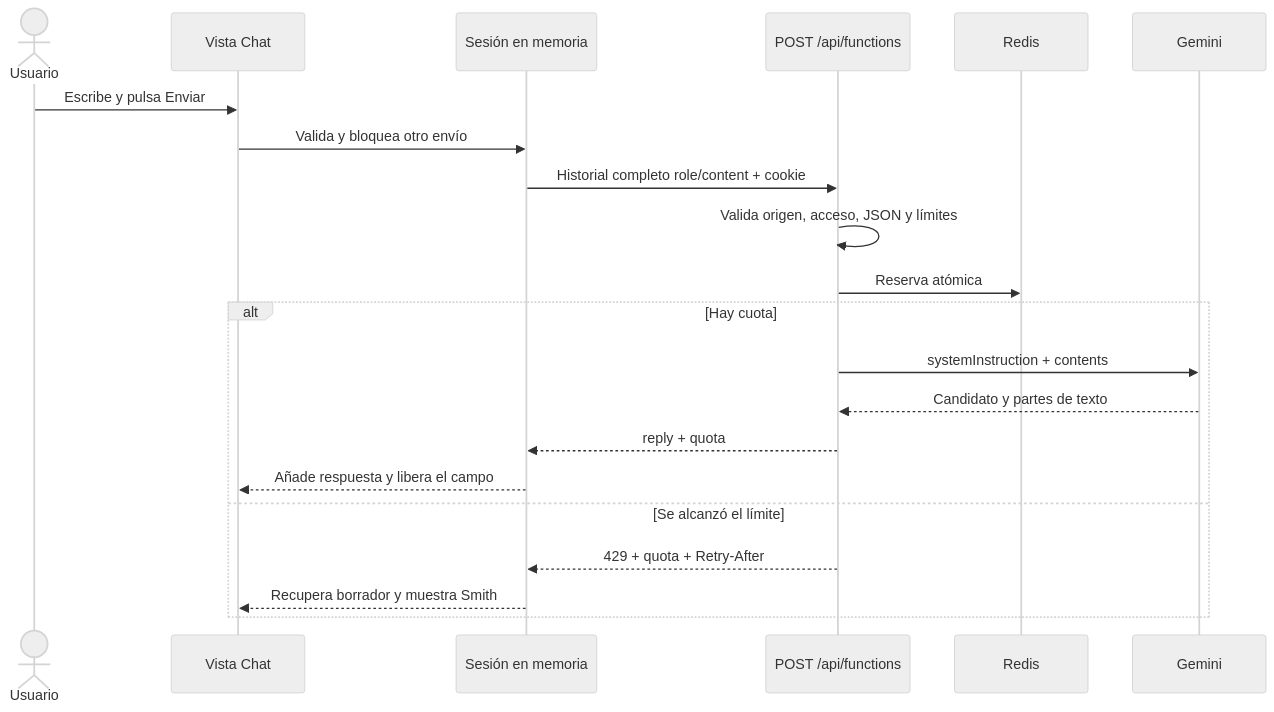
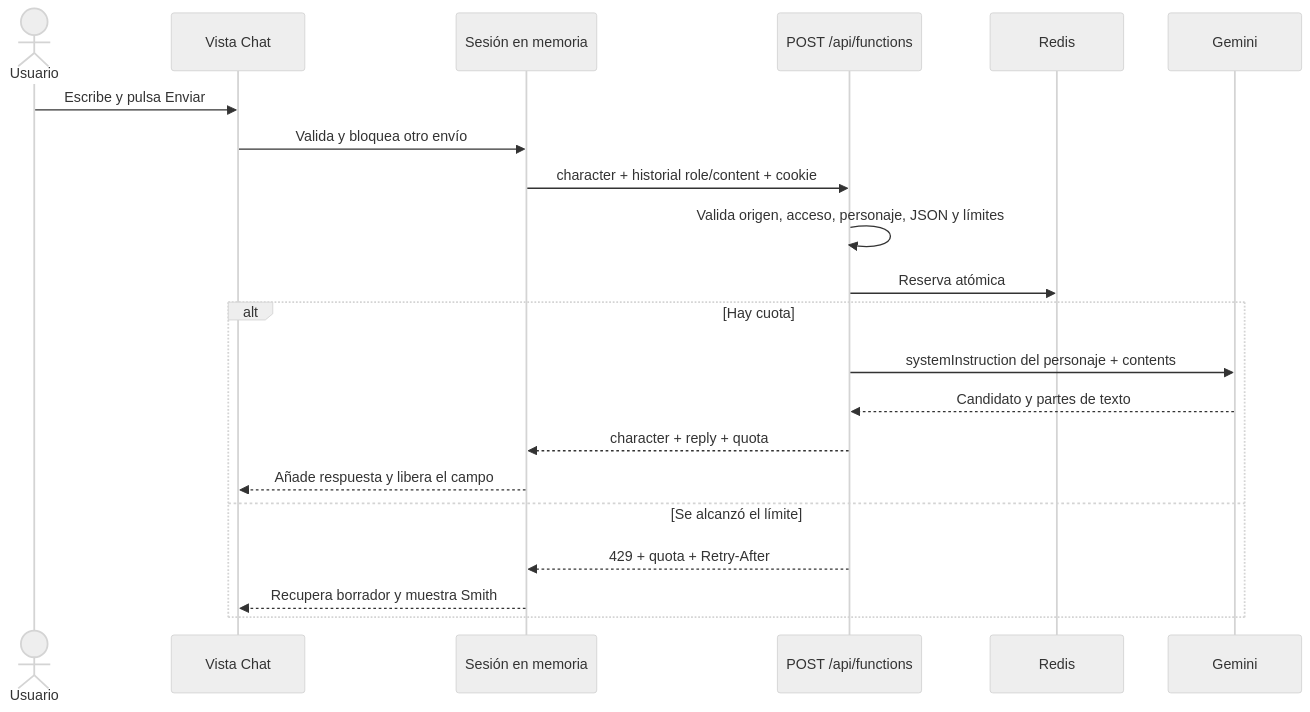
One commit to MiguelMirandaV/chat-morfeo-m3 changed the diagram in docs/arquitectura.md. Above: the diagram before and after it, drawn with Mermaid (neutral theme). The commit also changed other lines of this file and 8 other files, not shown here.

Commit message:
docs: document character contracts and real Gemini checks

````diff
--- a/docs/arquitectura.md
+++ b/docs/arquitectura.md
@@ -7,23 +7,23 @@
 ```mermaid
 sequenceDiagram
     actor Usuario
     participant Vista as Vista Chat
     participant Sesion as Sesión en memoria
     participant API as POST /api/functions
     participant Redis
     participant Gemini
     Usuario->>Vista: Escribe y pulsa Enviar
     Vista->>Sesion: Valida y bloquea otro envío
-    Sesion->>API: Historial completo role/content + cookie
-    API->>API: Valida origen, acceso, JSON y límites
+    Sesion->>API: character + historial role/content + cookie
+    API->>API: Valida origen, acceso, personaje, JSON y límites
     API->>Redis: Reserva atómica
     alt Hay cuota
-        API->>Gemini: systemInstruction + contents
+        API->>Gemini: systemInstruction del personaje + contents
         Gemini-->>API: Candidato y partes de texto
-        API-->>Sesion: reply + quota
+        API-->>Sesion: character + reply + quota
         Sesion-->>Vista: Añade respuesta y libera el campo
     else Se alcanzó el límite
         API-->>Sesion: 429 + quota + Retry-After
         Sesion-->>Vista: Recupera borrador y muestra Smith
     end
 ```
````
